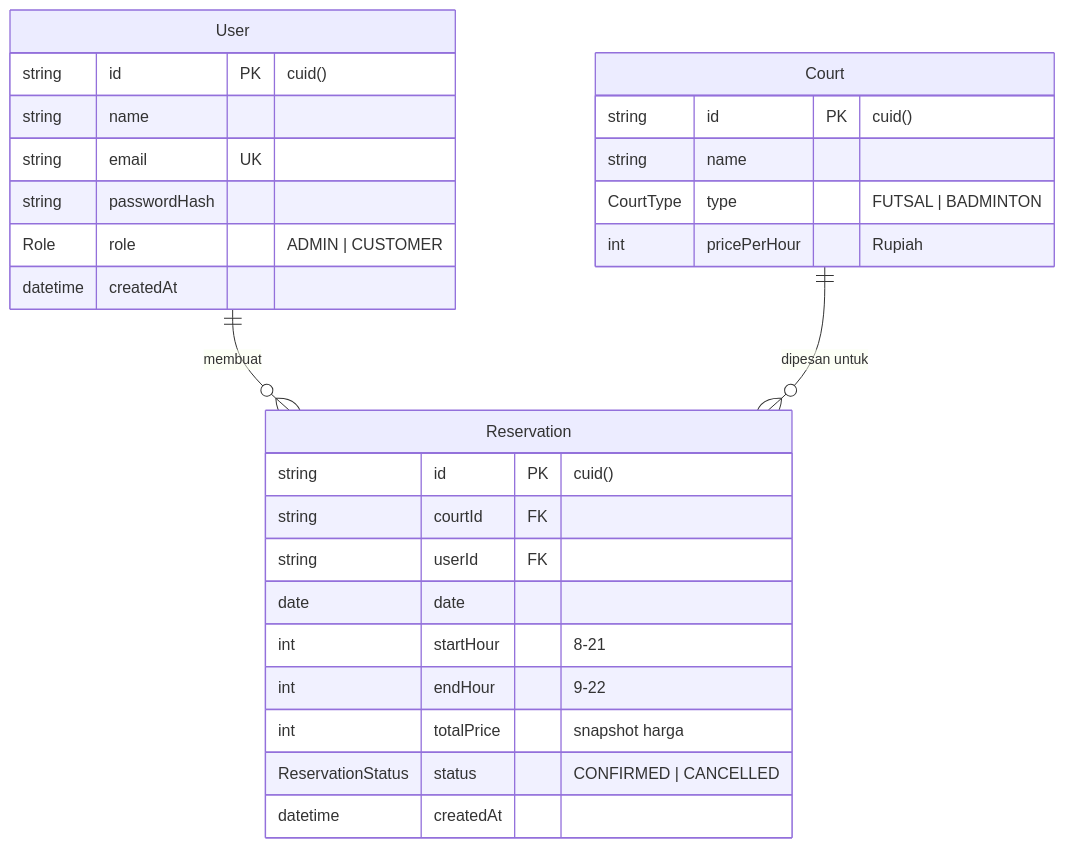
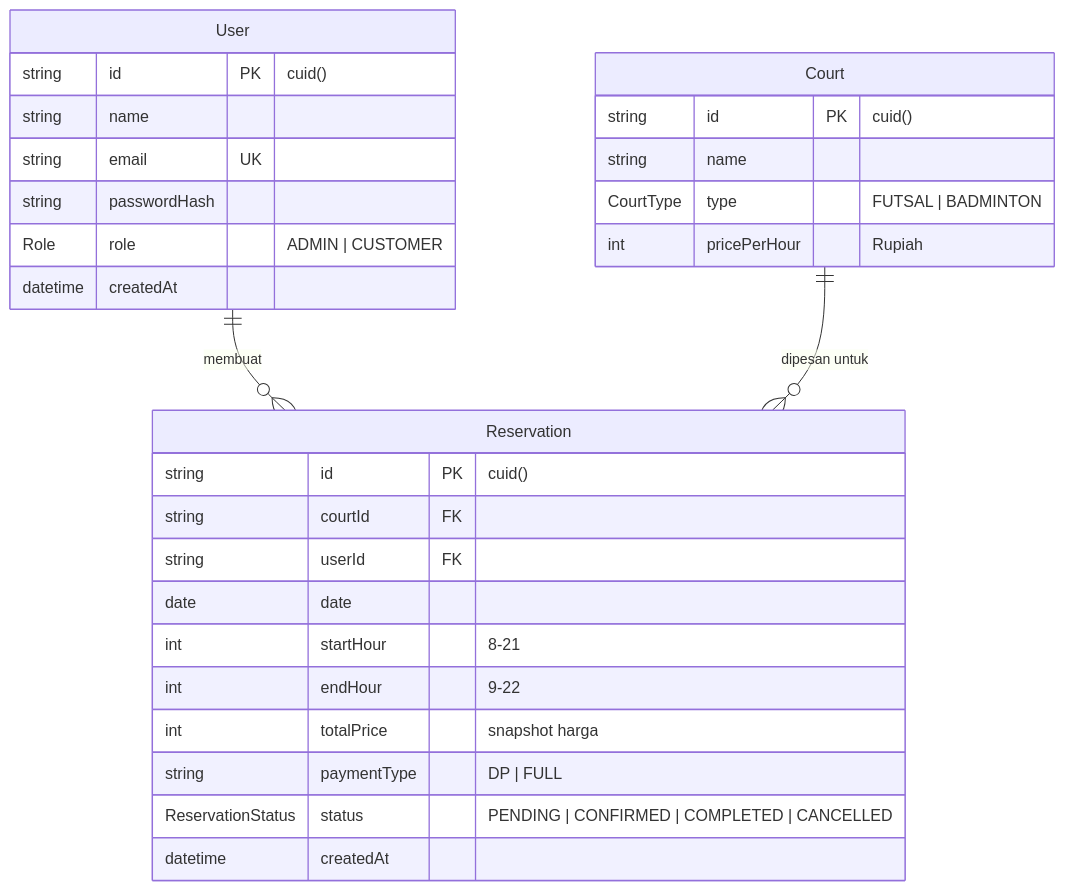
One commit to fatidaprilian/smfutsalbnsp changed the diagram in docs/02-erd-sql.md. Above: the diagram before and after it, drawn with Mermaid. The commit also changed other lines of this file and 18 other files, not shown here.

Commit message:
feat: add payment system with paymentType and pending status to reservation model

````diff
--- a/docs/02-erd-sql.md
+++ b/docs/02-erd-sql.md
@@ -8,33 +8,34 @@
 ```mermaid
 erDiagram
     User {
         string id PK "cuid()"
         string name
         string email UK
         string passwordHash
         Role role "ADMIN | CUSTOMER"
         datetime createdAt
     }
 
     Court {
         string id PK "cuid()"
         string name
         CourtType type "FUTSAL | BADMINTON"
         int pricePerHour "Rupiah"
     }
 
     Reservation {
         string id PK "cuid()"
         string courtId FK
         string userId FK
         date date
         int startHour "8-21"
         int endHour "9-22"
         int totalPrice "snapshot harga"
-        ReservationStatus status "CONFIRMED | CANCELLED"
+        string paymentType "DP | FULL"
+        ReservationStatus status "PENDING | CONFIRMED | COMPLETED | CANCELLED"
         datetime createdAt
     }
 
     User ||--o{ Reservation : "membuat"
     Court ||--o{ Reservation : "dipesan untuk"
 ```
````
